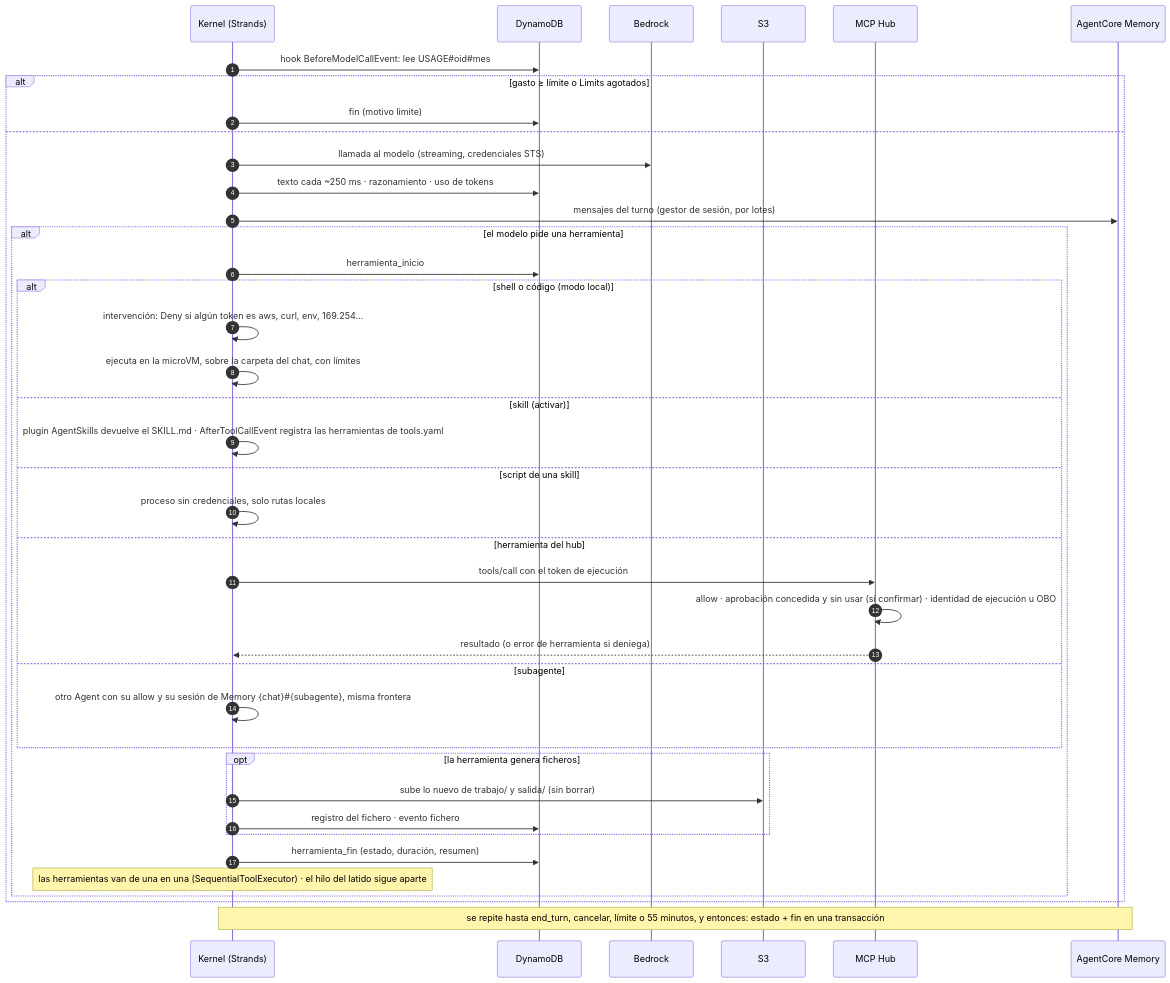
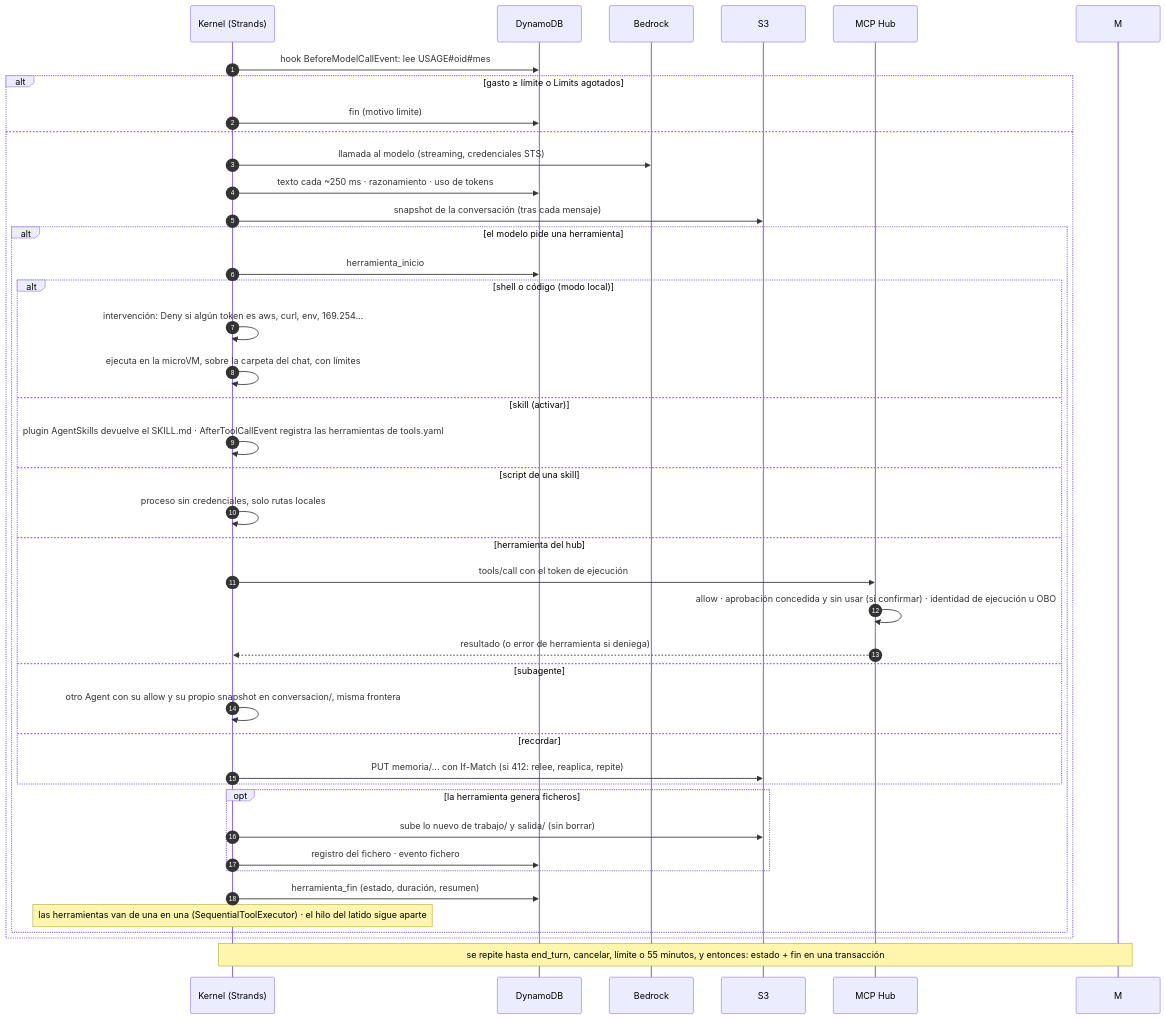
The third of 9 diagrams in docs/arquitectura-agentes.md (ikermendi/sample-agent-platform-with-agentcore), drawn with Mermaid before and after one commit. The commit also changed other lines of this file and 1 other file, not shown here.

First line of the commit message:
docs: fuera AgentCore Memory; conversación y memoria del usuario en S3

````diff
--- a/docs/arquitectura-agentes.md
+++ b/docs/arquitectura-agentes.md
@@ -406,43 +408,44 @@
 ```mermaid
 sequenceDiagram
   autonumber
   participant K as Kernel (Strands)
   participant D as DynamoDB
   participant B as Bedrock
   participant S3 as S3
   participant H as MCP Hub
-  participant M as AgentCore Memory
 
   K->>D: hook BeforeModelCallEvent: lee USAGE#35;oid#35;mes
   alt gasto ≥ límite o Limits agotados
     K->>D: fin (motivo limite)
   else
     K->>B: llamada al modelo (streaming, credenciales STS)
     K->>D: texto cada ~250 ms · razonamiento · uso de tokens
-    K->>M: mensajes del turno (gestor de sesión, por lotes)
+    K->>S3: snapshot de la conversación (tras cada mensaje)
     alt el modelo pide una herramienta
       K->>D: herramienta_inicio
       alt shell o código (modo local)
         K->>K: intervención: Deny si algún token es aws, curl, env, 169.254…
         K->>K: ejecuta en la microVM, sobre la carpeta del chat, con límites
       else skill (activar)
         K->>K: plugin AgentSkills devuelve el SKILL.md · AfterToolCallEvent registra las herramientas de tools.yaml
       else script de una skill
         K->>K: proceso sin credenciales, solo rutas locales
       else herramienta del hub
         K->>H: tools/call con el token de ejecución
         H->>H: allow · aprobación concedida y sin usar (si confirmar) · identidad de ejecución u OBO
         H-->>K: resultado (o error de herramienta si deniega)
       else subagente
-        K->>K: otro Agent con su allow y su sesión de Memory {chat}#35;{subagente}, misma frontera
+        K->>K: otro Agent con su allow y su propio snapshot en conversacion/, misma frontera
+      else recordar
+        K->>S3: PUT memoria/… con If-Match (si 412: relee, reaplica, repite)
       end
       opt la herramienta genera ficheros
         K->>S3: sube lo nuevo de trabajo/ y salida/ (sin borrar)
         K->>D: registro del fichero · evento fichero
       end
       K->>D: herramienta_fin (estado, duración, resumen)
       Note over K: las herramientas van de una en una (SequentialToolExecutor) · el hilo del latido sigue aparte
     end
   end
   Note over K,M: se repite hasta end_turn, cancelar, límite o 55 minutos, y entonces: estado + fin en una transacción
 ```
````
